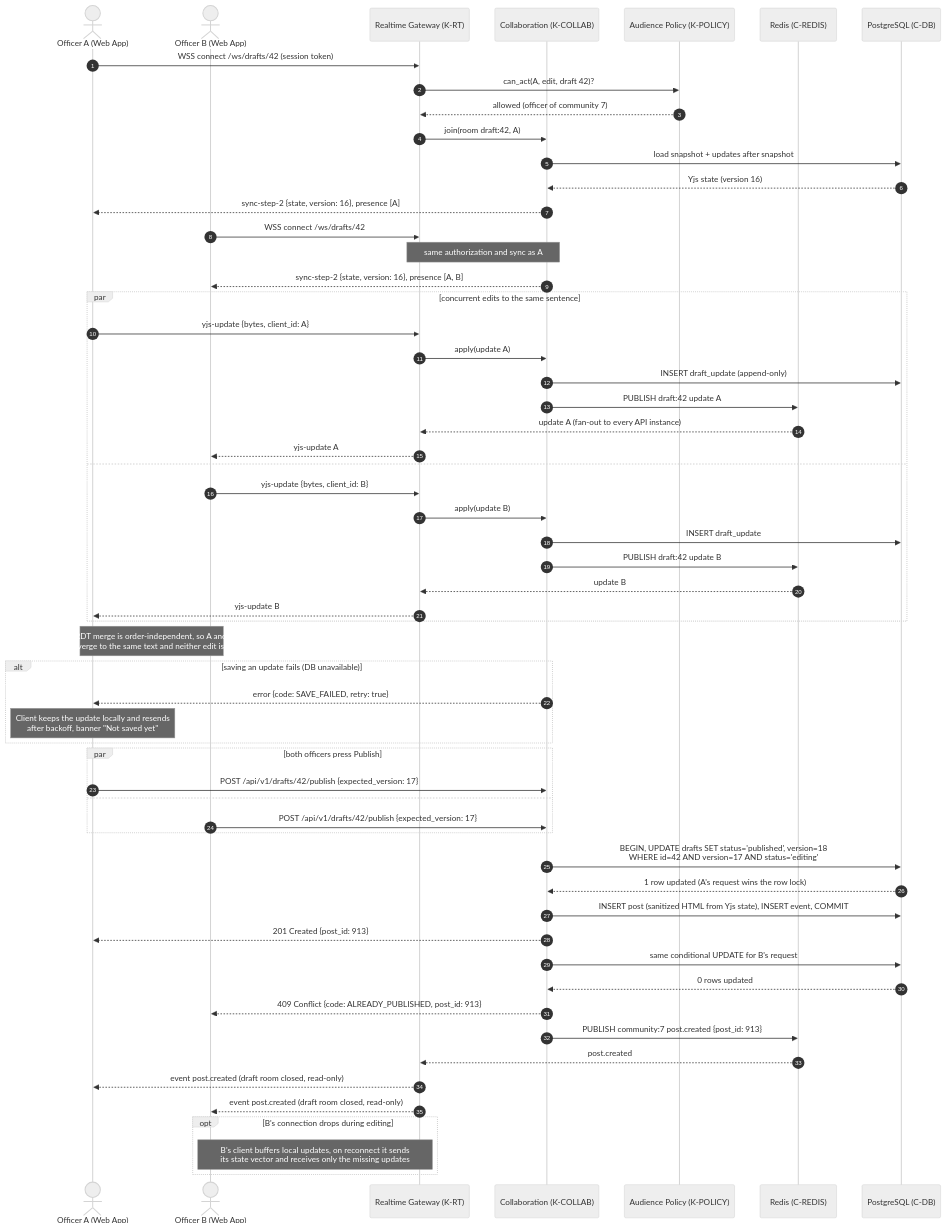
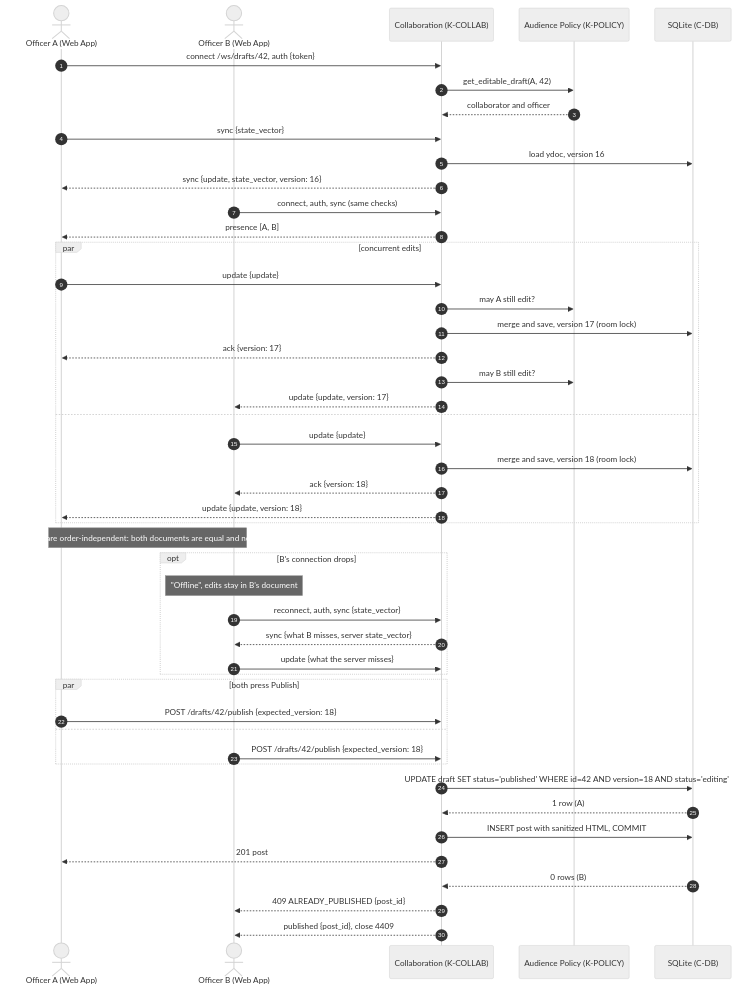
The diagram in docs/diagrams/sequence-collab-publish.mmd (dereksodo/AmazingNetwork), drawn with Mermaid (neutral theme) before and after one commit. The commit also changed 19 other files, not shown here.

First line of the commit message:
docs(architecture): update diagrams and decision records as built

```diff
--- a/docs/diagrams/sequence-collab-publish.mmd
+++ b/docs/diagrams/sequence-collab-publish.mmd
@@ -1,64 +1,48 @@
-%% UML sequence — two officers co-edit an event announcement draft, then both try to publish
+%% UML sequence — two officers co-edit a draft, then both press Publish (as built)
 sequenceDiagram
   autonumber
   actor A as Officer A (Web App)
   actor B as Officer B (Web App)
-  participant RT as Realtime Gateway (K-RT)
   participant CO as Collaboration (K-COLLAB)
   participant PO as Audience Policy (K-POLICY)
-  participant R as Redis (C-REDIS)
-  participant DB as PostgreSQL (C-DB)
-
-  A->>RT: WSS connect /ws/drafts/42 (session token)
-  RT->>PO: can_act(A, edit, draft 42)?
-  PO-->>RT: allowed (officer of community 7)
-  RT->>CO: join(room draft:42, A)
-  CO->>DB: load snapshot + updates after snapshot
-  DB-->>CO: Yjs state (version 16)
-  CO-->>A: sync-step-2 {state, version: 16}, presence [A]
-  B->>RT: WSS connect /ws/drafts/42
-  Note over RT,CO: same authorization and sync as A
-  CO-->>B: sync-step-2 {state, version: 16}, presence [A, B]
-
-  par concurrent edits to the same sentence
-    A->>RT: yjs-update {bytes, client_id: A}
-    RT->>CO: apply(update A)
-    CO->>DB: INSERT draft_update (append-only)
-    CO->>R: PUBLISH draft:42 update A
-    R-->>RT: update A (fan-out to every API instance)
-    RT-->>B: yjs-update A
+  participant DB as SQLite (C-DB)
+  A->>CO: connect /ws/drafts/42, auth {token}
+  CO->>PO: get_editable_draft(A, 42)
+  PO-->>CO: collaborator and officer
+  A->>CO: sync {state_vector}
+  CO->>DB: load ydoc, version 16
+  CO-->>A: sync {update, state_vector, version: 16}
+  B->>CO: connect, auth, sync (same checks)
+  CO-->>A: presence [A, B]
+  par concurrent edits
+    A->>CO: update {update}
+    CO->>PO: may A still edit?
+    CO->>DB: merge and save, version 17 (room lock)
+    CO-->>A: ack {version: 17}
+    CO->>PO: may B still edit?
+    CO-->>B: update {update, version: 17}
   and
-    B->>RT: yjs-update {bytes, client_id: B}
-    RT->>CO: apply(update B)
-    CO->>DB: INSERT draft_update
-    CO->>R: PUBLISH draft:42 update B
-    R-->>RT: update B
-    RT-->>A: yjs-update B
+    B->>CO: update {update}
+    CO->>DB: merge and save, version 18 (room lock)
+    CO-->>B: ack {version: 18}
+    CO-->>A: update {update, version: 18}
   end
-  Note over A,B: CRDT merge is order-independent, so A and B<br/>converge to the same text and neither edit is lost
-
-  alt saving an update fails (DB unavailable)
-    CO-->>A: error {code: SAVE_FAILED, retry: true}
-    Note over A: Client keeps the update locally and resends<br/>after backoff, banner "Not saved yet"
+  Note over A,B: Yjs merges are order-independent: both documents are equal and no text is lost
+  opt B's connection drops
+    Note over B: "Offline", edits stay in B's document
+    B->>CO: reconnect, auth, sync {state_vector}
+    CO-->>B: sync {what B misses, server state_vector}
+    B->>CO: update {what the server misses}
   end
-
-  par both officers press Publish
-    A->>CO: POST /api/v1/drafts/42/publish {expected_version: 17}
+  par both press Publish
+    A->>CO: POST /drafts/42/publish {expected_version: 18}
   and
-    B->>CO: POST /api/v1/drafts/42/publish {expected_version: 17}
+    B->>CO: POST /drafts/42/publish {expected_version: 18}
   end
-  CO->>DB: BEGIN, UPDATE drafts SET status='published', version=18<br/>WHERE id=42 AND version=17 AND status='editing'
-  DB-->>CO: 1 row updated (A's request wins the row lock)
-  CO->>DB: INSERT post (sanitized HTML from Yjs state), INSERT event, COMMIT
-  CO-->>A: 201 Created {post_id: 913}
-  CO->>DB: same conditional UPDATE for B's request
-  DB-->>CO: 0 rows updated
-  CO-->>B: 409 Conflict {code: ALREADY_PUBLISHED, post_id: 913}
-  CO->>R: PUBLISH community:7 post.created {post_id: 913}
-  R-->>RT: post.created
-  RT-->>A: event post.created (draft room closed, read-only)
-  RT-->>B: event post.created (draft room closed, read-only)
-
-  opt B's connection drops during editing
-    Note over B,RT: B's client buffers local updates, on reconnect it sends<br/>its state vector and receives only the missing updates
-  end
+  CO->>DB: UPDATE draft SET status='published' WHERE id=42 AND version=18 AND status='editing'
+  DB-->>CO: 1 row (A)
+  CO->>DB: INSERT post with sanitized HTML, COMMIT
+  CO-->>A: 201 post
+  DB-->>CO: 0 rows (B)
+  CO-->>B: 409 ALREADY_PUBLISHED {post_id}
+  CO-->>B: published {post_id}, close 4409
```
